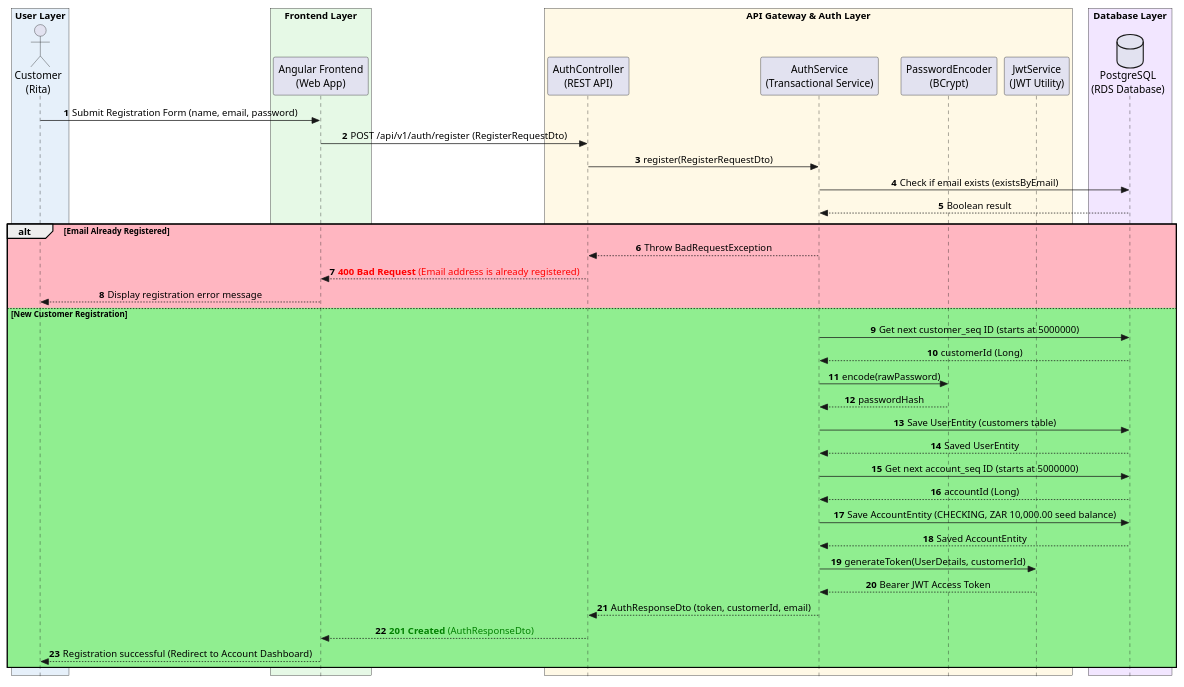
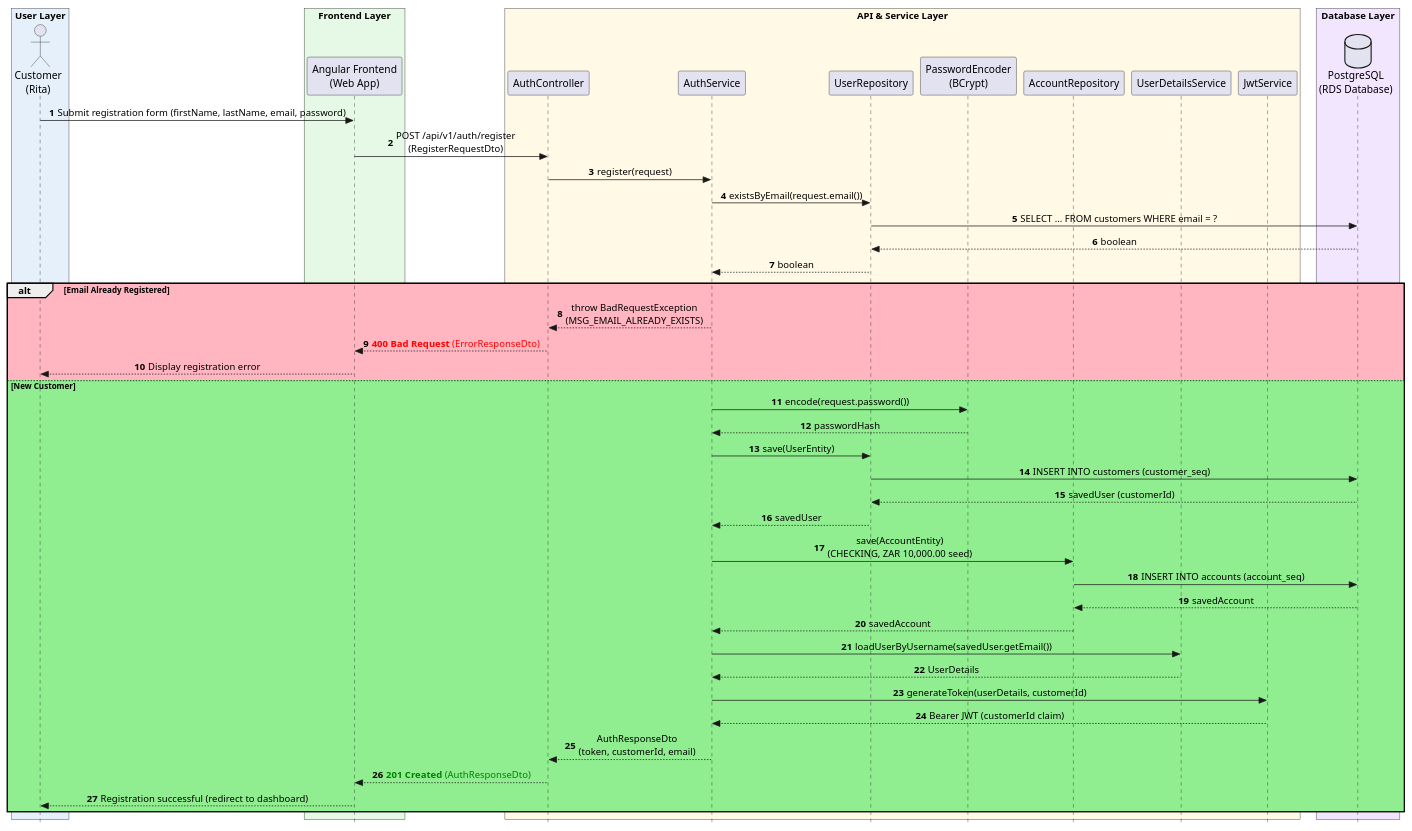
One commit to MOzil-10/Transaction-Dispute-Service changed the diagram in sequenceDiagram/Register.puml. Above: the diagram before and after it, drawn with PlantUML. The commit also changed 4 other files, not shown here.

Commit message:
docs: align sequence diagrams with actual code — real participants, endpoints, and methods

```diff
--- a/sequenceDiagram/Register.puml
+++ b/sequenceDiagram/Register.puml
@@ -1,61 +1,65 @@
 @startuml
 autonumber
 skinparam Style strictuml
 skinparam SequenceMessageAlignment center
 skinparam boxPadding 10
 
 box "User Layer" #E6F0FA
 actor "Customer\n(Rita)" as Customer
 end box
 
 box "Frontend Layer" #E6F9E6
 participant "Angular Frontend\n(Web App)" as Frontend
 end box
 
-box "API Gateway & Auth Layer" #FFF9E6
-participant "AuthController\n(REST API)" as Controller
-participant "AuthService\n(Transactional Service)" as Service
+box "API & Service Layer" #FFF9E6
+participant "AuthController" as Controller
+participant "AuthService" as Service
+participant "UserRepository" as UserRepo
 participant "PasswordEncoder\n(BCrypt)" as Encoder
-participant "JwtService\n(JWT Utility)" as JWT
+participant "AccountRepository" as AccountRepo
+participant "UserDetailsService" as UDS
+participant "JwtService" as JWT
 end box
 
 box "Database Layer" #F2E6FF
 database "PostgreSQL\n(RDS Database)" as DB
 end box
 
-Customer -> Frontend: Submit Registration Form (name, email, password)
-Frontend -> Controller: POST /api/v1/auth/register (RegisterRequestDto)
+Customer -> Frontend: Submit registration form (firstName, lastName, email, password)
+Frontend -> Controller: POST /api/v1/auth/register\n(RegisterRequestDto)
 
-Controller -> Service: register(RegisterRequestDto)
-
-Service -> DB: Check if email exists (existsByEmail)
-DB --> Service: Boolean result
+Controller -> Service: register(request)
+Service -> UserRepo: existsByEmail(request.email())
+UserRepo -> DB: SELECT ... FROM customers WHERE email = ?
+DB --> UserRepo: boolean
+UserRepo --> Service: boolean
 
 alt #LightPink Email Already Registered
-    Service --> Controller: Throw BadRequestException
-    Controller --> Frontend: <font color=red><b>400 Bad Request</b> (Email address is already registered)</font>
-    Frontend --> Customer: Display registration error message
-else #LightGreen New Customer Registration
-    Service -> DB: Get next customer_seq ID (starts at 5000000)
-    DB --> Service: customerId (Long)
-
-    Service -> Encoder: encode(rawPassword)
+    Service --> Controller: throw BadRequestException\n(MSG_EMAIL_ALREADY_EXISTS)
+    Controller --> Frontend: <font color=red><b>400 Bad Request</b> (ErrorResponseDto)</font>
+    Frontend --> Customer: Display registration error
+else #LightGreen New Customer
+    Service -> Encoder: encode(request.password())
     Encoder --> Service: passwordHash
 
-    Service -> DB: Save UserEntity (customers table)
-    DB --> Service: Saved UserEntity
+    Service -> UserRepo: save(UserEntity)
+    UserRepo -> DB: INSERT INTO customers (customer_seq)
+    DB --> UserRepo: savedUser (customerId)
+    UserRepo --> Service: savedUser
 
-    Service -> DB: Get next account_seq ID (starts at 5000000)
-    DB --> Service: accountId (Long)
+    Service -> AccountRepo: save(AccountEntity)\n(CHECKING, ZAR 10,000.00 seed)
+    AccountRepo -> DB: INSERT INTO accounts (account_seq)
+    DB --> AccountRepo: savedAccount
+    AccountRepo --> Service: savedAccount
 
-    Service -> DB: Save AccountEntity (CHECKING, ZAR 10,000.00 seed balance)
-    DB --> Service: Saved AccountEntity
+    Service -> UDS: loadUserByUsername(savedUser.getEmail())
+    UDS --> Service: UserDetails
+    Service -> JWT: generateToken(userDetails, customerId)
+    JWT --> Service: Bearer JWT (customerId claim)
 
-    Service -> JWT: generateToken(UserDetails, customerId)
-    JWT --> Service: Bearer JWT Access Token
-
-    Service --> Controller: AuthResponseDto (token, customerId, email)
+    Service --> Controller: AuthResponseDto\n(token, customerId, email)
     Controller --> Frontend: <font color=green><b>201 Created</b> (AuthResponseDto)</font>
-    Frontend --> Customer: Registration successful (Redirect to Account Dashboard)
+    Frontend --> Customer: Registration successful (redirect to dashboard)
 end
 @enduml
```
